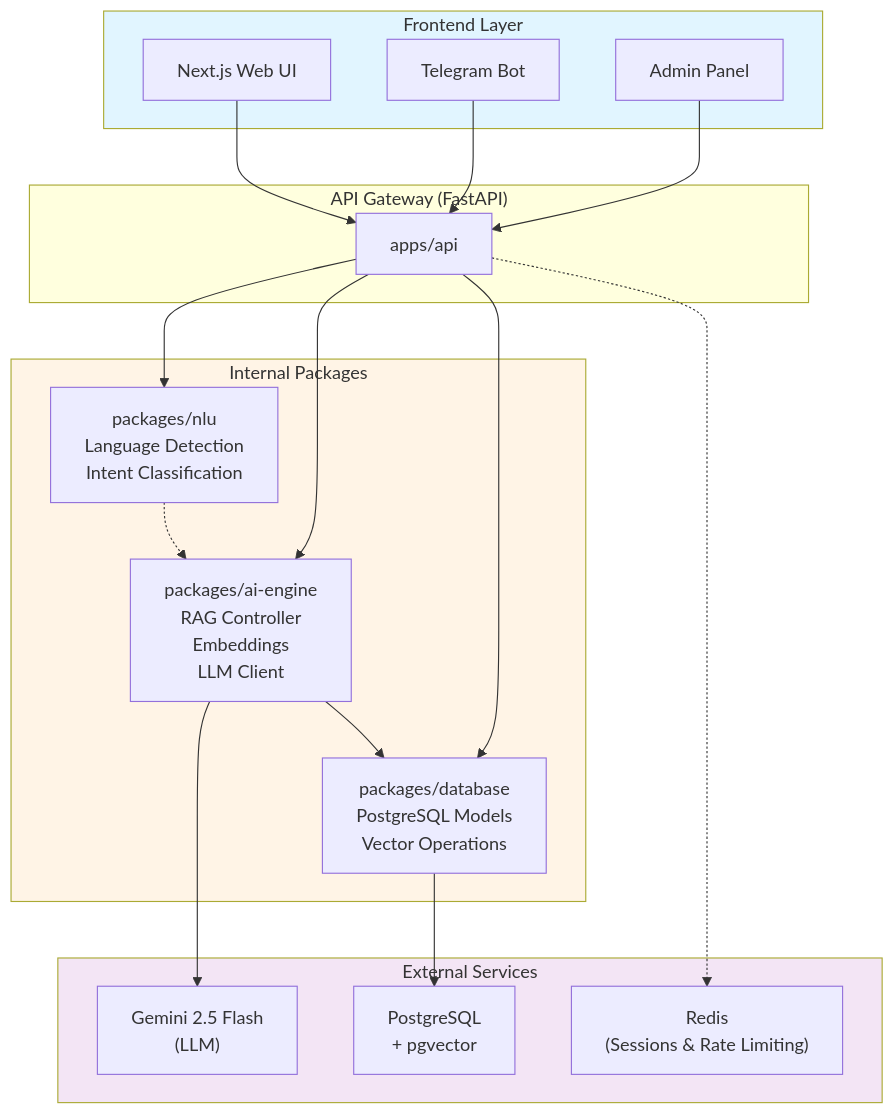
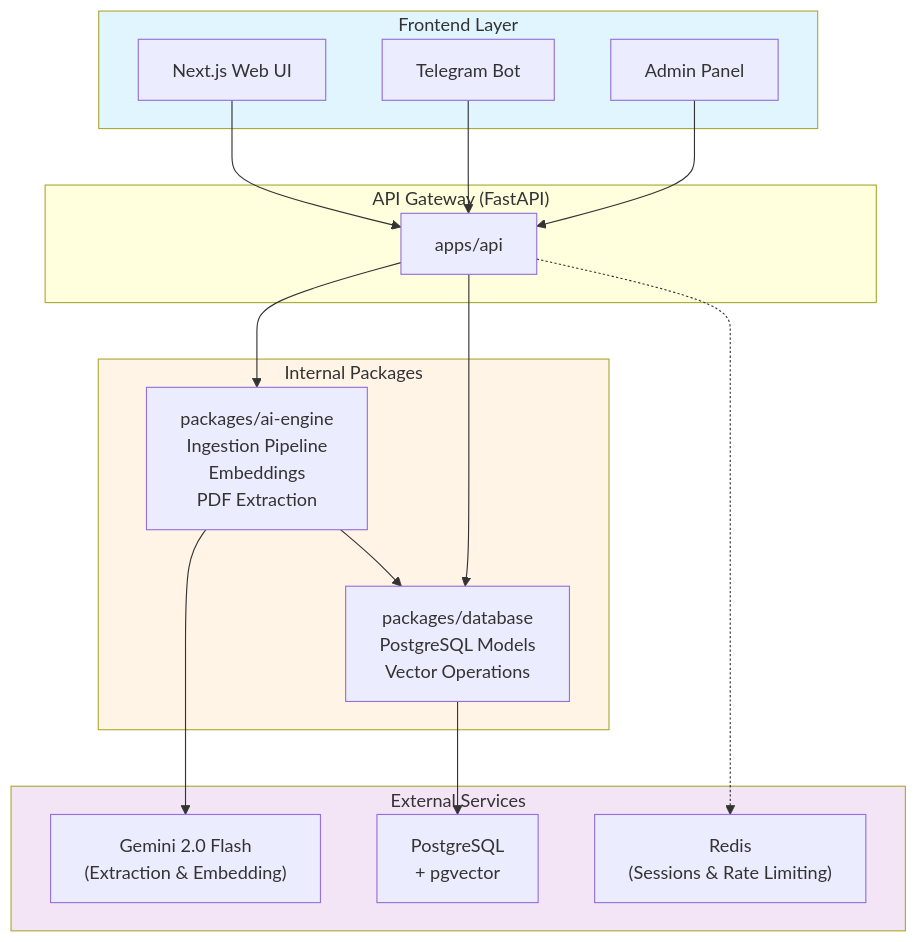
The first of 3 diagrams in ARCHITECTURE.md (Amanuel-Ayal3w/Awaqi), drawn with Mermaid before and after one commit. The commit also changed other lines of this file and 11 other files, not shown here.

First line of the commit message:
feat: Update architecture documentation and enhance backend functionality

````diff
--- a/ARCHITECTURE.md
+++ b/ARCHITECTURE.md
@@ -164,42 +153,39 @@
 ```mermaid
 graph TB
     subgraph Frontend["Frontend Layer"]
         Web["Next.js Web UI"]
         Telegram["Telegram Bot"]
         Admin["Admin Panel"]
     end
     
     subgraph API["API Gateway (FastAPI)"]
         Gateway["apps/api"]
     end
     
     subgraph Packages["Internal Packages"]
-        NLU["packages/nlu<br/>Language Detection<br/>Intent Classification"]
-        AIEngine["packages/ai-engine<br/>RAG Controller<br/>Embeddings<br/>LLM Client"]
+        AIEngine["packages/ai-engine<br/>Ingestion Pipeline<br/>Embeddings<br/>PDF Extraction"]
         DB["packages/database<br/>PostgreSQL Models<br/>Vector Operations"]
     end
     
     subgraph External["External Services"]
-        Gemini["Gemini 2.5 Flash<br/>(LLM)"]
+        Gemini["Gemini 2.0 Flash<br/>(Extraction & Embedding)"]
         Postgres["PostgreSQL<br/>+ pgvector"]
         Redis["Redis<br/>(Sessions & Rate Limiting)"]
     end
     
     Web --> Gateway
     Telegram --> Gateway
     Admin --> Gateway
     
-    Gateway --> NLU
     Gateway --> AIEngine
     Gateway --> DB
     
-    NLU -.-> AIEngine
     AIEngine --> Gemini
     AIEngine --> DB
     DB --> Postgres
     Gateway -.-> Redis
     
     style Frontend fill:#e1f5ff
     style Packages fill:#fff4e6
     style External fill:#f3e5f5
 ```
````
